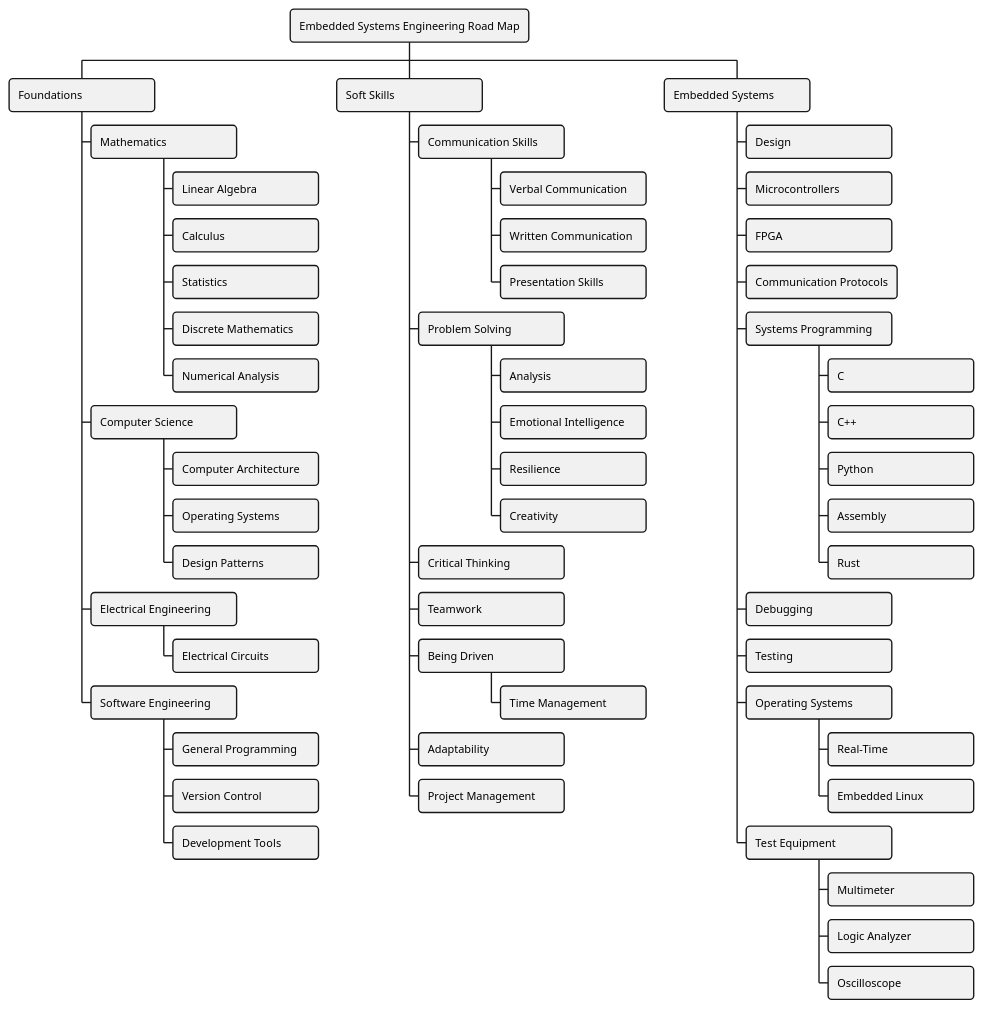
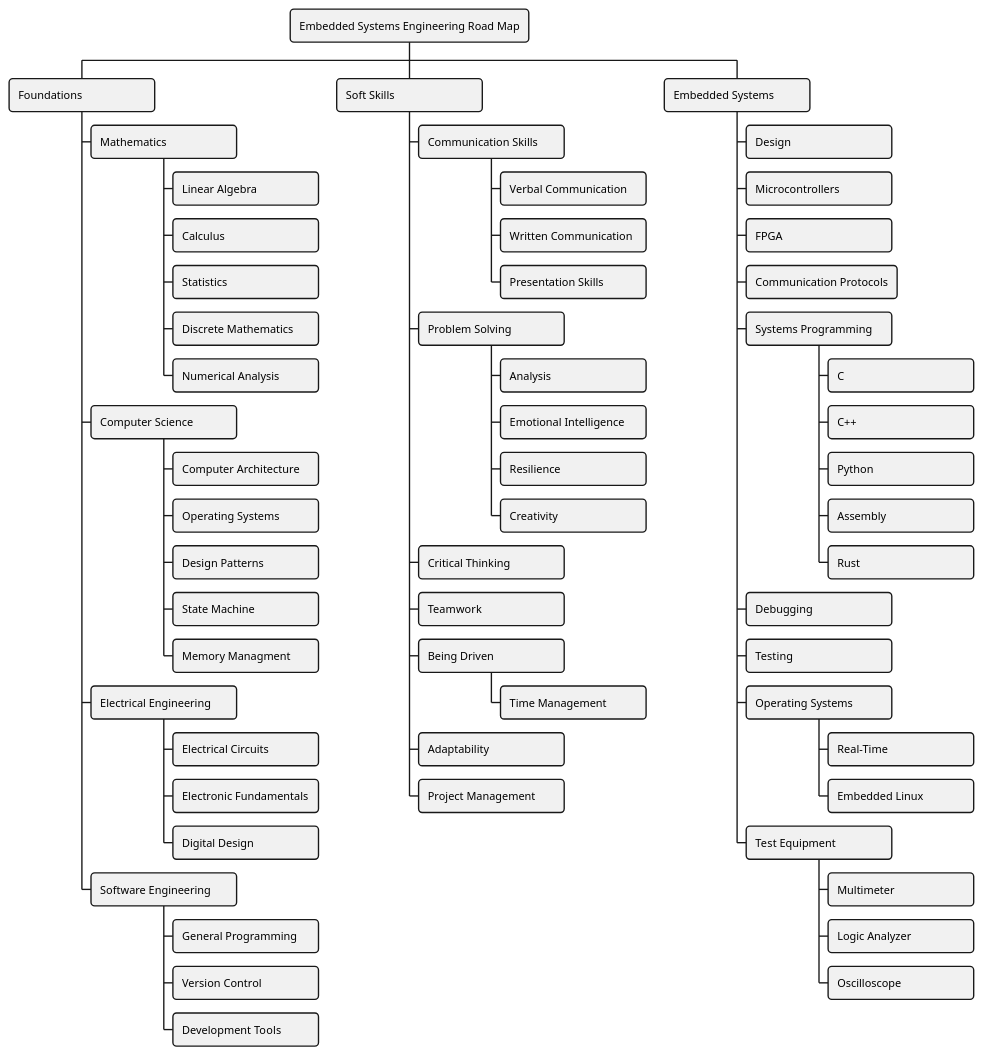
Before and after one commit to HenrikSamuelsson/embedded-systems-engineering-road-map: the diagram in resources/road-map.puml, drawn with PlantUML. The commit also changed 1 other file, not shown here.

```diff
--- a/resources/road-map.puml
+++ b/resources/road-map.puml
@@ -1,63 +1,67 @@
 @startwbs Embedded Systemes Engineering Road Map
 <style>
 node {
     MinimumWidth 160
     MaximumWidth 1600
     RoundCorner 8
 }
 </style>
 + Embedded Systems Engineering Road Map
  + Foundations
   + Mathematics
    + Linear Algebra
    + Calculus
    + Statistics
    + Discrete Mathematics
    + Numerical Analysis
   + Computer Science
    + Computer Architecture
    + Operating Systems
    + Design Patterns
+   + State Machine
+   + Memory Managment
   + Electrical Engineering
    + Electrical Circuits
+   + Electronic Fundamentals
+   + Digital Design
   + Software Engineering
    + General Programming
    + Version Control
    + Development Tools
  + Soft Skills
   + Communication Skills
    + Verbal Communication
    + Written Communication
    + Presentation Skills
   + Problem Solving
    + Analysis
    + Emotional Intelligence
    + Resilience
    + Creativity
   + Critical Thinking
   + Teamwork
   + Being Driven
    + Time Management
   + Adaptability
   + Project Management
  + Embedded Systems
   + Design
   + Microcontrollers
   + FPGA
   + Communication Protocols
   + Systems Programming
    + C
    + C++
    + Python
    + Assembly
    + Rust
   + Debugging
   + Testing
   + Operating Systems
    + Real-Time
    + Embedded Linux
   + Test Equipment
    + Multimeter
    + Logic Analyzer
    + Oscilloscope
 @endwbs
```
